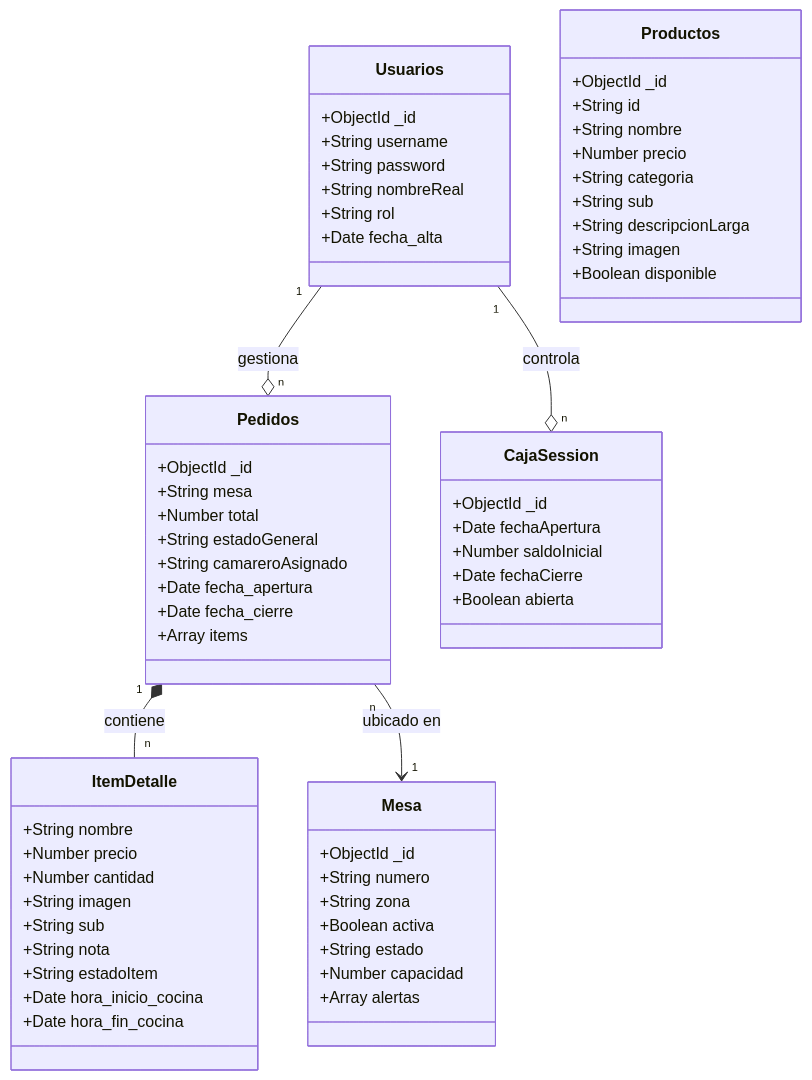
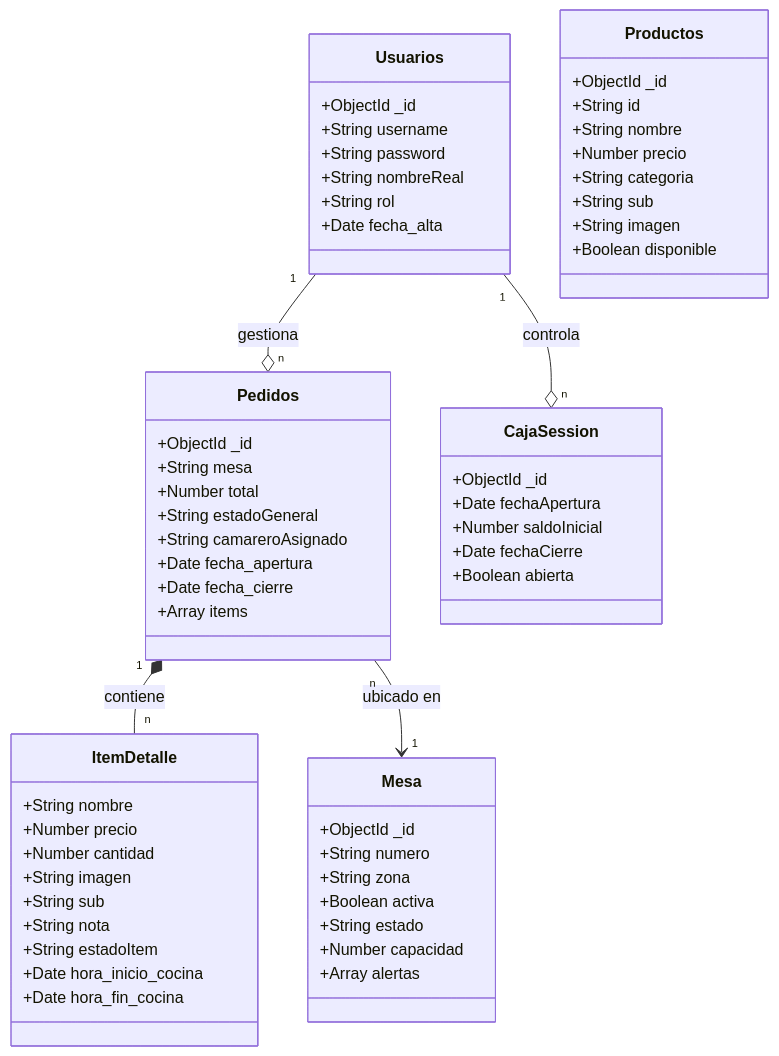
One commit to EMAXSS05/SaleroBeach changed the diagram in doc/templates/3_deseño.md. Above: the diagram before and after it, drawn with Mermaid. The commit also changed 17 other files, not shown here.

````diff
--- a/doc/templates/3_deseño.md
+++ b/doc/templates/3_deseño.md
@@ -7,69 +7,68 @@
 ```mermaid
 classDiagram
     class Usuarios {
         +ObjectId _id
         +String username
         +String password
         +String nombreReal
         +String rol
         +Date fecha_alta
     }
 
     class Productos {
         +ObjectId _id
         +String id
         +String nombre
         +Number precio
         +String categoria
         +String sub
-        +String descripcionLarga
         +String imagen
         +Boolean disponible
     }
 
     class Pedidos {
         +ObjectId _id
         +String mesa
         +Number total
         +String estadoGeneral
         +String camareroAsignado
         +Date fecha_apertura
         +Date fecha_cierre
         +Array items
     }
 
     class ItemDetalle {
         +String nombre
         +Number precio
         +Number cantidad
         +String imagen
         +String sub
         +String nota
         +String estadoItem
         +Date hora_inicio_cocina
         +Date hora_fin_cocina
     }
 
     class Mesa {
         +ObjectId _id
         +String numero
         +String zona
         +Boolean activa
         +String estado
         +Number capacidad
         +Array alertas
     }
     class CajaSession {
         +ObjectId _id
         +Date fechaApertura
         +Number saldoInicial
         +Date fechaCierre
         +Boolean abierta
     }
 
     %% Relaciones
     Pedidos "1" *-- "n" ItemDetalle : contiene
     Usuarios "1" --o "n" Pedidos : gestiona
     Pedidos "n" --> "1" Mesa : ubicado en
     Usuarios "1" --o "n" CajaSession : controla
 ```
````
